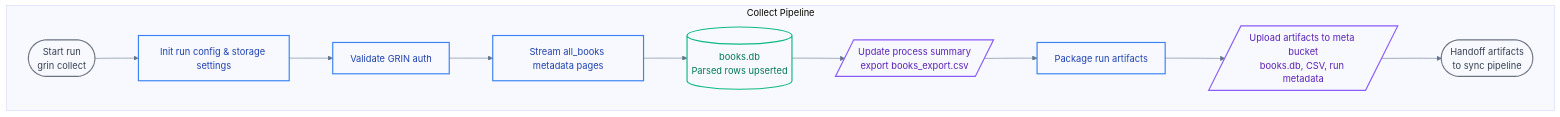
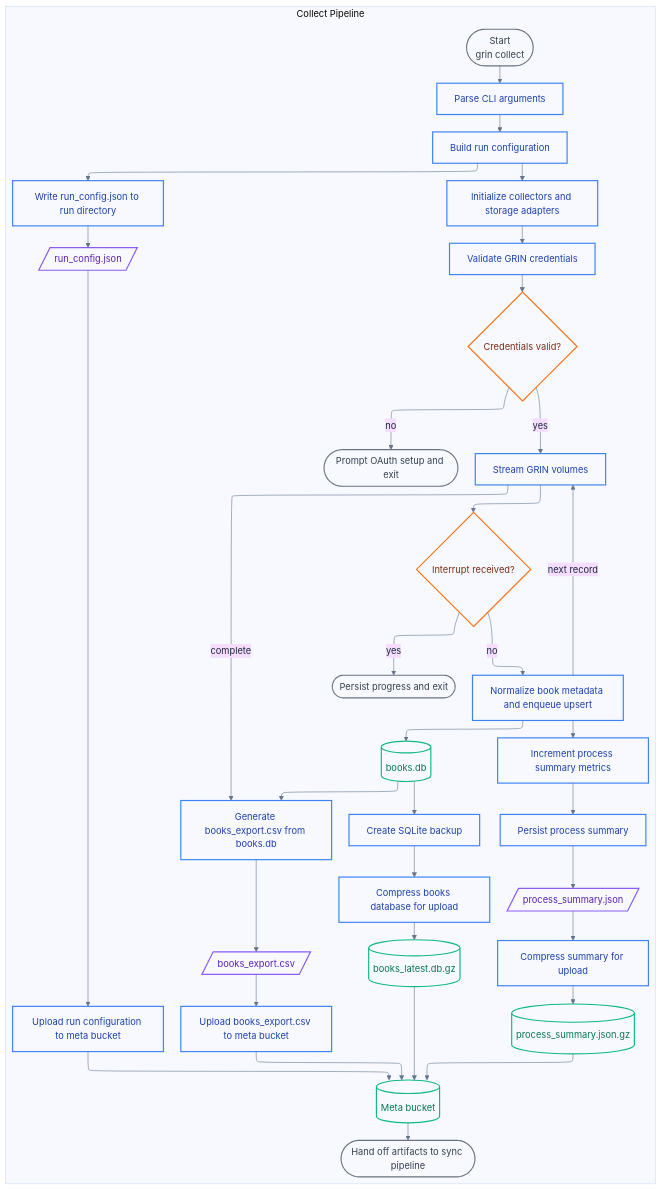
Before and after one commit to institutional/grin-transfer: the diagram in docs/diagrams/collect-pipeline.mmd, drawn with Mermaid. The commit also changed 10 other files, not shown here.

First line of the commit message:
Add and update pipeline diagrams (#344)

```diff
--- a/docs/diagrams/collect-pipeline.mmd
+++ b/docs/diagrams/collect-pipeline.mmd
@@ -1,17 +1,42 @@
-%%{init: {"theme": "base", "themeVariables": {"primaryTextColor": "#1e293b", "primaryBorderColor": "#475569", "lineColor": "#64748b", "background": "transparent", "mainBkg": "transparent", "secondBkg": "transparent"}}}%%
-flowchart TD
+%%{init: {"theme": "base", "themeVariables": {"primaryTextColor": "#1e293b", "primaryBorderColor": "#475569", "lineColor": "#64748b", "background": "transparent", "mainBkg": "transparent", "secondBkg": "transparent"}, "flowchart": {"defaultRenderer": "elk", "elk": {"elk.direction": "DOWN"}}}}%%
+flowchart TB
     subgraph Collect Pipeline
-        A([Start run<br/>grin collect]):::terminal --> B[Init run config & storage settings]:::process
-        B --> C[Validate GRIN auth]:::process
-        C --> D[Stream all_books metadata pages]:::process
-        D --> E[(books.db<br/>Parsed rows upserted)]:::storage
-        E --> F[/Update process summary<br/>export books_export.csv/]:::io
-        F --> G[Package run artifacts]:::process
-        G --> MetaBucket[/Upload artifacts to meta bucket<br/>books.db, CSV, run metadata/]:::io
-        MetaBucket --> Handoff([Handoff artifacts<br/>to sync pipeline]):::terminal
+        Start([Start<br/>grin collect]):::terminal --> Parse[Parse CLI arguments]:::process
+        Parse --> Configure[Build run configuration]:::process
+        Configure --> WriteConfig[Write run_config.json to run directory]:::process
+        WriteConfig --> RunConfig[/run_config.json/]:::io
+        RunConfig --> UploadConfig[Upload run configuration to meta bucket]:::process
+        Configure --> Init[Initialize collectors and storage adapters]:::process
+        Init --> Validate[Validate GRIN credentials]:::process
+        Validate --> Creds{Credentials valid?}:::decision
+        Creds -->|no| Abort([Prompt OAuth setup and exit]):::terminal
+        Creds -->|yes| Stream[Stream GRIN volumes]:::process
+        Stream --> Interrupt{Interrupt received?}:::decision
+        Interrupt -->|yes| Graceful([Persist progress and exit]):::terminal
+        Interrupt -->|no| ProcessRecord[Normalize book metadata and enqueue upsert]:::process
+        ProcessRecord --> BooksDB[(books.db)]:::storage
+        ProcessRecord --> Summary[Increment process summary metrics]:::process
+        ProcessRecord -->|next record| Stream
+        Stream -->|complete| ExportCSV[Generate books_export.csv from books.db]:::process
+        BooksDB --> ExportCSV
+        ExportCSV --> BooksCSV[/books_export.csv/]:::io
+        Summary --> PersistSummary[Persist process summary]:::process
+        PersistSummary --> SummaryJson[/process_summary.json/]:::io
+        SummaryJson --> CompressSummary[Compress summary for upload]:::process
+        CompressSummary --> SummaryGz[(process_summary.json.gz)]:::storage
+        BooksCSV --> UploadCSV[Upload books_export.csv to meta bucket]:::process
+        BooksDB --> BackupDB[Create SQLite backup]:::process
+        BackupDB --> CompressDB[Compress books database for upload]:::process
+        CompressDB --> DatabaseGz[(books_latest.db.gz)]:::storage
+        UploadConfig --> MetaBucket[(Meta bucket)]:::storage
+        UploadCSV --> MetaBucket
+        SummaryGz --> MetaBucket
+        DatabaseGz --> MetaBucket
+        MetaBucket --> Handoff([Hand off artifacts to sync pipeline]):::terminal
     end
 
     classDef terminal fill:none,stroke:#6b7280,stroke-width:2px,color:#374151
     classDef process fill:none,stroke:#3b82f6,stroke-width:2px,color:#1e40af
     classDef storage fill:none,stroke:#10b981,stroke-width:2px,color:#047857
     classDef io fill:none,stroke:#8b5cf6,stroke-width:2px,color:#5b21b6
+    classDef decision fill:none,stroke:#f97316,stroke-width:2px,color:#7c2d12
```
